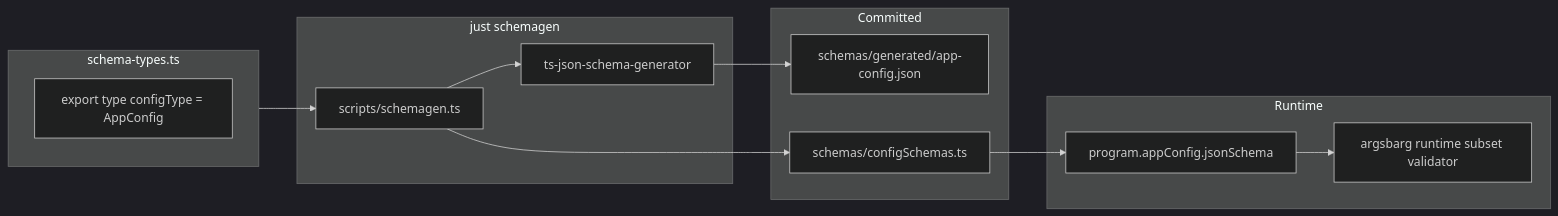
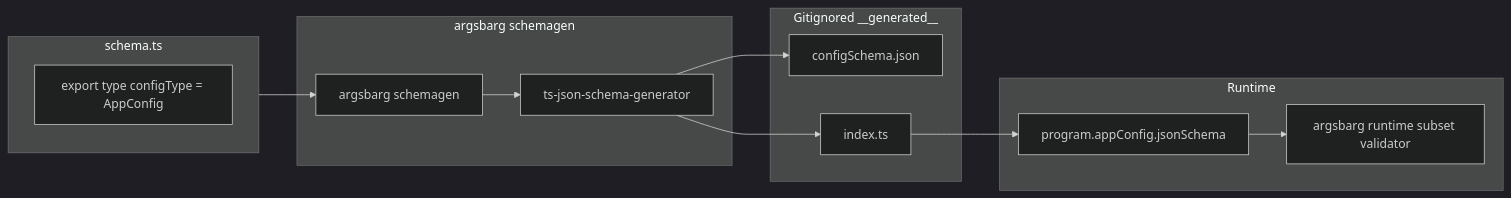
One commit to bdombro/bun-argsbarg changed the diagram in docs/config-schema.md. Above: the diagram before and after it, drawn with Mermaid (dark theme). The commit also changed other lines of this file and 36 other files, not shown here.

````diff
--- a/docs/config-schema.md
+++ b/docs/config-schema.md
@@ -143,20 +143,20 @@
 ```mermaid
 flowchart LR
-  subgraph types [schema-types.ts]
+  subgraph types [schema.ts]
     Marker["export type configType = AppConfig"]
   end
-  subgraph gen [just schemagen]
-    Script["scripts/schemagen.ts"]
+  subgraph gen [argsbarg schemagen]
+    Script["argsbarg schemagen"]
     Gen["ts-json-schema-generator"]
   end
-  subgraph artifacts [Committed]
-    Json["schemas/generated/app-config.json"]
-    Bridge["schemas/configSchemas.ts"]
+  subgraph artifacts [Gitignored __generated__]
+    Json["configSchema.json"]
+    Index["index.ts"]
   end
   subgraph runtime [Runtime]
     Program["program.appConfig.jsonSchema"]
     Validate["argsbarg runtime subset validator"]
   end
   types --> Script --> Gen --> Json
-  Script --> Bridge --> Program --> Validate
+  Gen --> Index --> Program --> Validate
 ```
````
